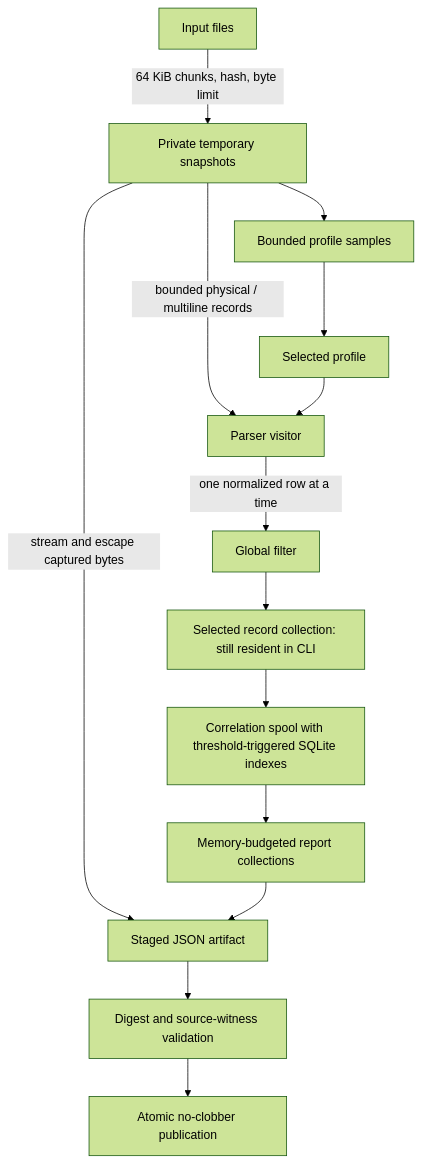
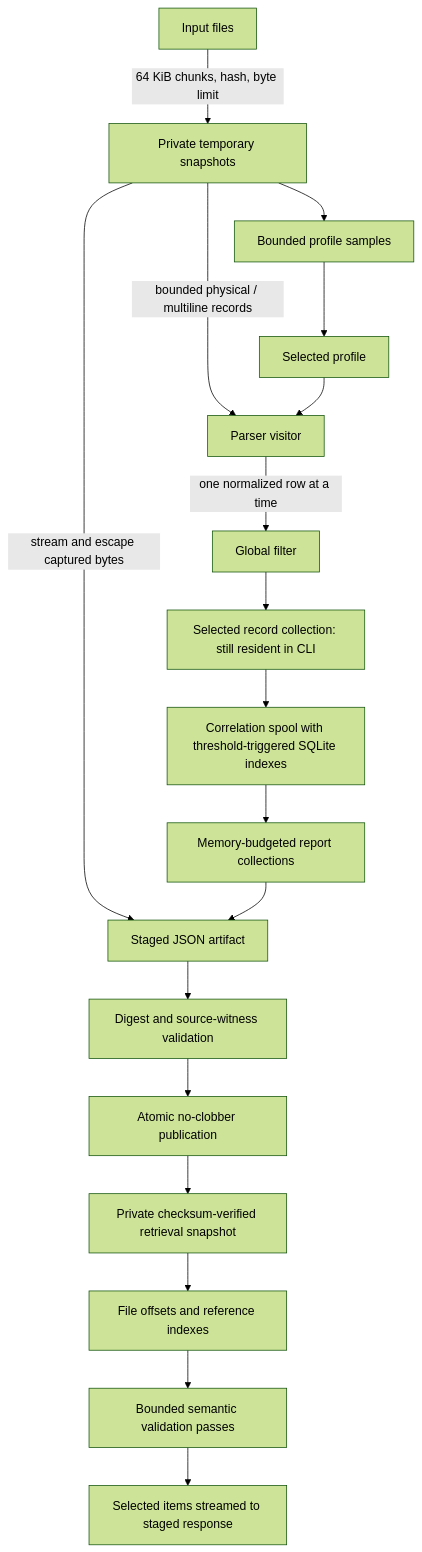
One commit to eirenik0/log-analyzer changed the diagram in docs/design/streaming-pipeline.md. Above: the diagram before and after it, drawn with Mermaid (forest theme). The commit also changed other lines of this file and 17 other files, not shown here.

````diff
--- a/docs/design/streaming-pipeline.md
+++ b/docs/design/streaming-pipeline.md
@@ -6,16 +6,20 @@
 ```mermaid
 flowchart TD
     A[Input files] -->|64 KiB chunks, hash, byte limit| B[Private temporary snapshots]
     B --> C[Bounded profile samples]
     C --> D[Selected profile]
     B -->|bounded physical / multiline records| E[Parser visitor]
     D --> E
     E -->|one normalized row at a time| F[Global filter]
     F --> P[Selected record collection: still resident in CLI]
     P --> G[Correlation spool with threshold-triggered SQLite indexes]
     G --> R[Memory-budgeted report collections]
     B -->|stream and escape captured bytes| H[Staged JSON artifact]
     R --> H
     H --> I[Digest and source-witness validation]
     I --> J[Atomic no-clobber publication]
+    J --> K[Private checksum-verified retrieval snapshot]
+    K --> L[File offsets and reference indexes]
+    L --> M[Bounded semantic validation passes]
+    M --> N[Selected items streamed to staged response]
 ```
````
